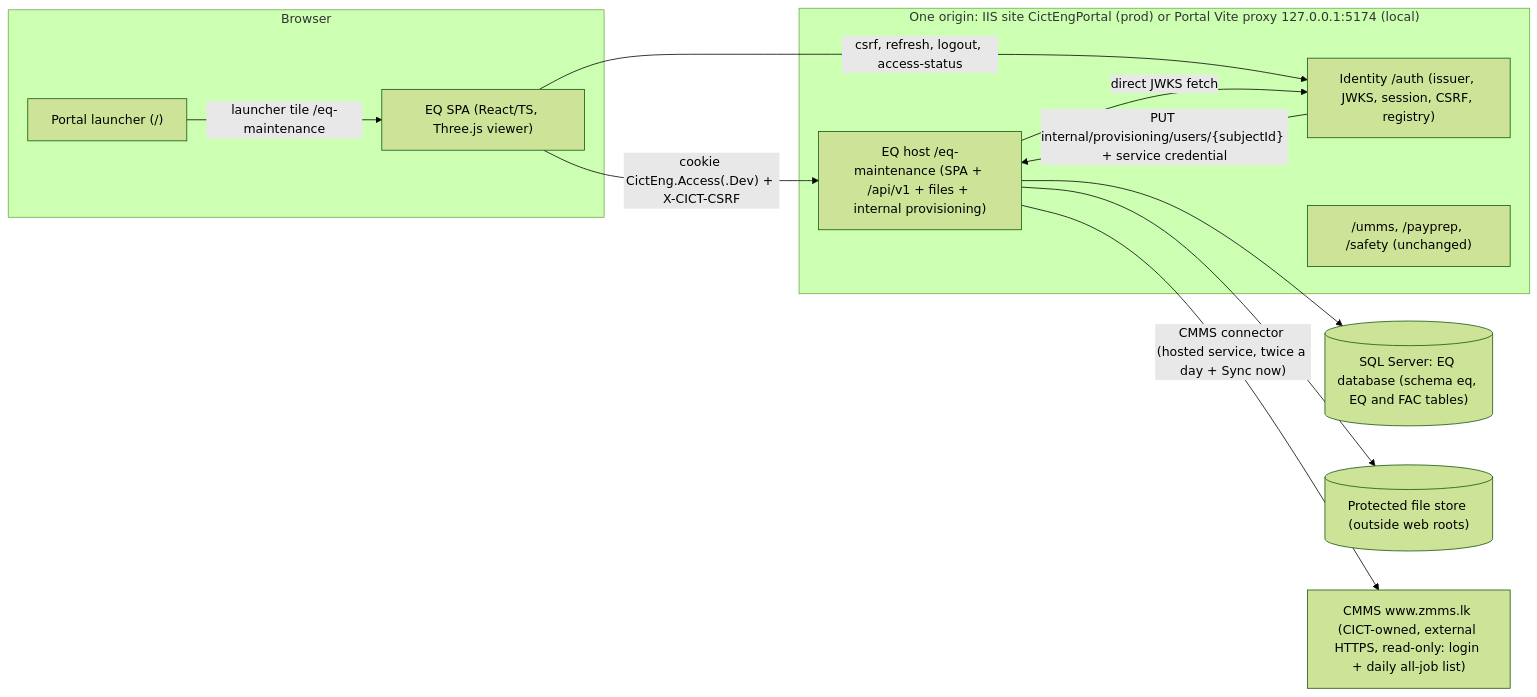
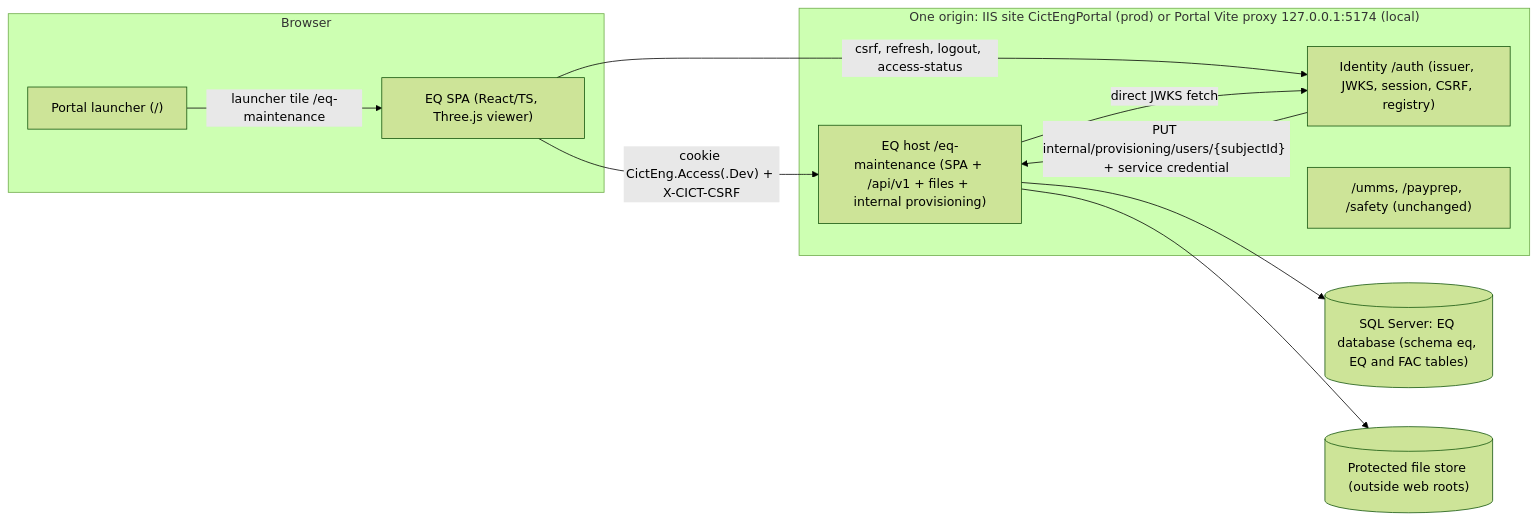
The first of 3 diagrams in docs/ARCHITECTURE.md (yhaggalla/EQ_MAINTENANCE), drawn with Mermaid (forest theme) before and after one commit. The commit also changed other lines of this file and 185 other files, not shown here.

````diff
--- a/docs/ARCHITECTURE.md
+++ b/docs/ARCHITECTURE.md
@@ -22,23 +30,21 @@
 ```mermaid
 flowchart LR
   subgraph Browser
     SPA["EQ SPA (React/TS, Three.js viewer)"]
     PortalUI["Portal launcher (/)"]
   end
   subgraph SameOrigin["One origin: IIS site CictEngPortal (prod) or Portal Vite proxy 127.0.0.1:5174 (local)"]
     Identity["Identity /auth (issuer, JWKS, session, CSRF, registry)"]
     EQHost["EQ host /eq-maintenance (SPA + /api/v1 + files + internal provisioning)"]
     Others["/umms, /payprep, /safety (unchanged)"]
   end
   EQDB[("SQL Server: EQ database (schema eq, EQ and FAC tables)")]
   Store[("Protected file store (outside web roots)")]
-  CMMS["CMMS www.zmms.lk (CICT-owned, external HTTPS, read-only: login + daily all-job list)"]
   SPA -- "cookie CictEng.Access(.Dev) + X-CICT-CSRF" --> EQHost
   SPA -- "csrf, refresh, logout, access-status" --> Identity
   PortalUI -- "launcher tile /eq-maintenance" --> SPA
   EQHost -- "direct JWKS fetch" --> Identity
   Identity -- "PUT internal/provisioning/users/{subjectId} + service credential" --> EQHost
   EQHost --> EQDB
   EQHost --> Store
-  EQHost -- "CMMS connector (hosted service, twice a day + Sync now)" --> CMMS
 ```
````
